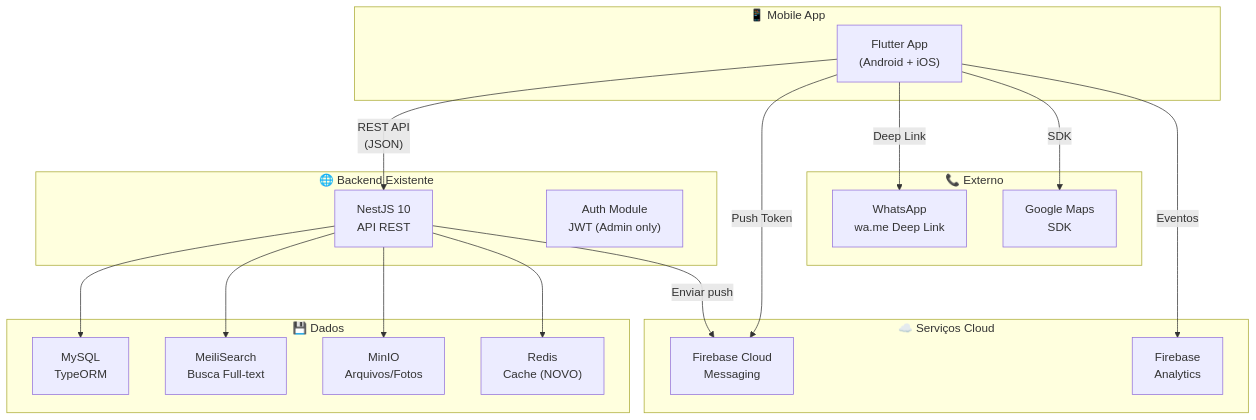
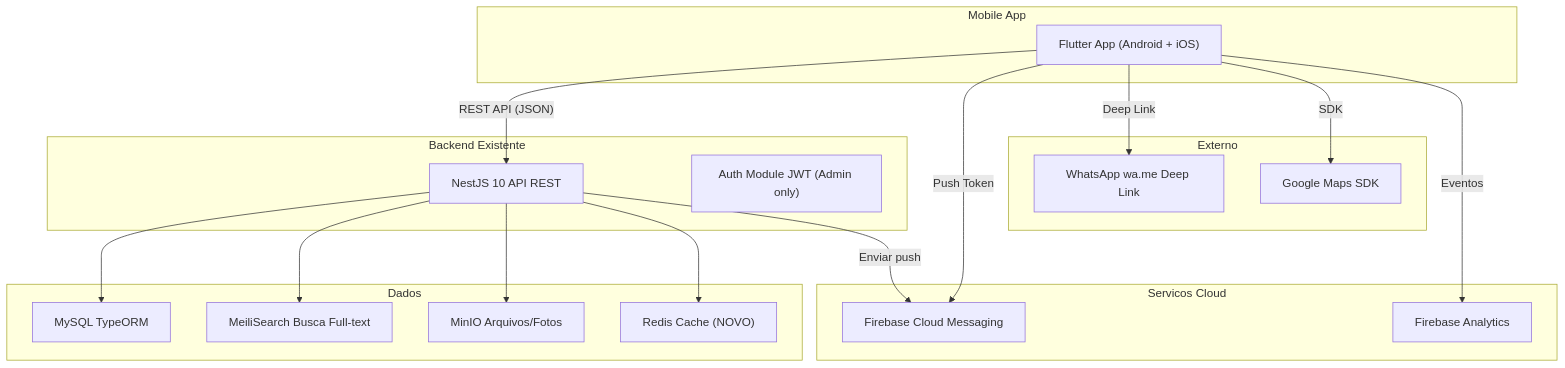
One commit to Advansoftware/Prefeitura-De-Bolso changed the first of 5 diagrams in docs/Vol3_Arquitetura_Tecnica.md. Above: the diagram before and after it, drawn with Mermaid. The commit also changed other lines of this file and 1 other file, not shown here.

Commit message:
docs: Fix mermaid diagram parsing in GitHub

````diff
--- a/docs/Vol3_Arquitetura_Tecnica.md
+++ b/docs/Vol3_Arquitetura_Tecnica.md
@@ -70,40 +70,40 @@
 ```mermaid
 graph TB
-    subgraph "📱 Mobile App"
-        FLUTTER["Flutter App<br>(Android + iOS)"]
+    subgraph "Mobile App"
+        FLUTTER["Flutter App (Android + iOS)"]
     end
 
-    subgraph "🌐 Backend Existente"
-        NESTJS["NestJS 10<br>API REST"]
-        AUTH["Auth Module<br>JWT (Admin only)"]
+    subgraph "Backend Existente"
+        NESTJS["NestJS 10 API REST"]
+        AUTH["Auth Module JWT (Admin only)"]
     end
 
-    subgraph "💾 Dados"
-        MYSQL["MySQL<br>TypeORM"]
-        MEILI["MeiliSearch<br>Busca Full-text"]
-        MINIO["MinIO<br>Arquivos/Fotos"]
-        REDIS["Redis<br>Cache (NOVO)"]
+    subgraph "Dados"
+        MYSQL["MySQL TypeORM"]
+        MEILI["MeiliSearch Busca Full-text"]
+        MINIO["MinIO Arquivos/Fotos"]
+        REDIS["Redis Cache (NOVO)"]
     end
 
-    subgraph "☁️ Serviços Cloud"
-        FCM["Firebase Cloud<br>Messaging"]
-        ANALYTICS["Firebase<br>Analytics"]
+    subgraph "Servicos Cloud"
+        FCM["Firebase Cloud Messaging"]
+        ANALYTICS["Firebase Analytics"]
     end
 
-    subgraph "📞 Externo"
-        WHATSAPP["WhatsApp<br>wa.me Deep Link"]
-        MAPS["Google Maps<br>SDK"]
+    subgraph "Externo"
+        WHATSAPP["WhatsApp wa.me Deep Link"]
+        MAPS["Google Maps SDK"]
     end
 
-    FLUTTER -->|"REST API<br>(JSON)"| NESTJS
+    FLUTTER -->|"REST API (JSON)"| NESTJS
     FLUTTER -->|"Push Token"| FCM
     FLUTTER -->|"Deep Link"| WHATSAPP
     FLUTTER -->|"SDK"| MAPS
     FLUTTER -->|"Eventos"| ANALYTICS
 
     NESTJS --> MYSQL
     NESTJS --> MEILI
     NESTJS --> MINIO
     NESTJS --> REDIS
     NESTJS -->|"Enviar push"| FCM
 ```
````
